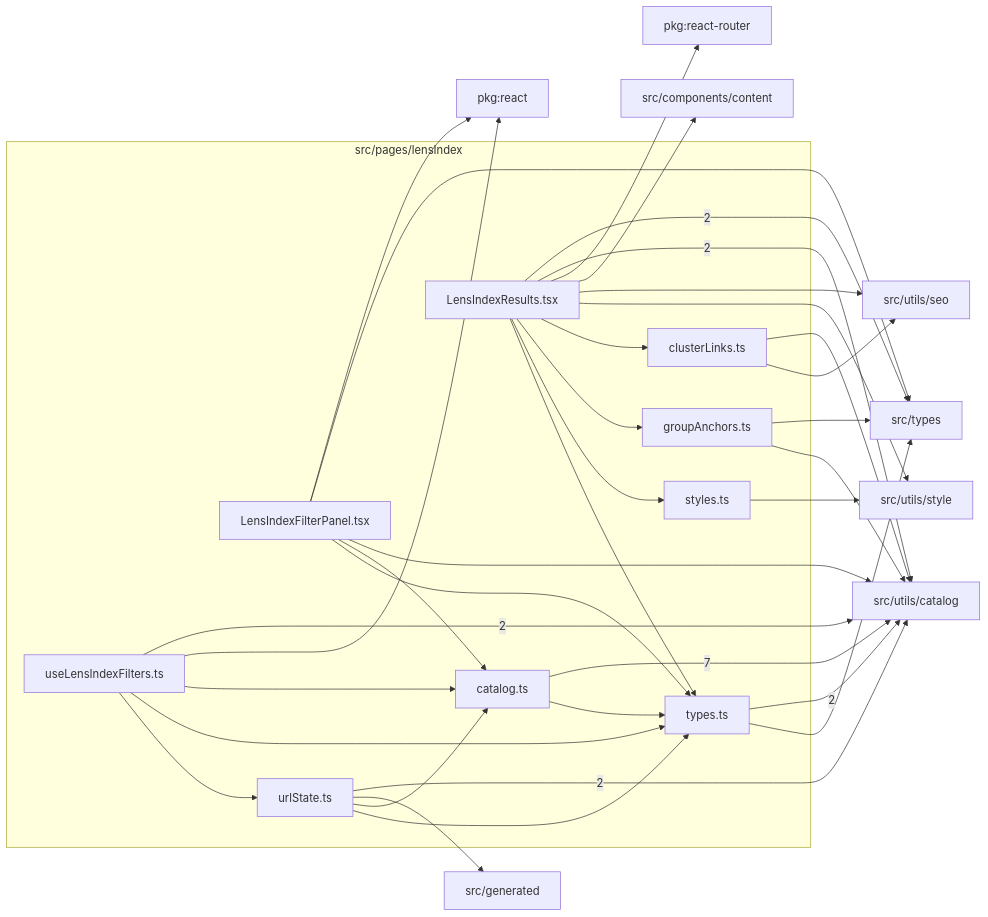
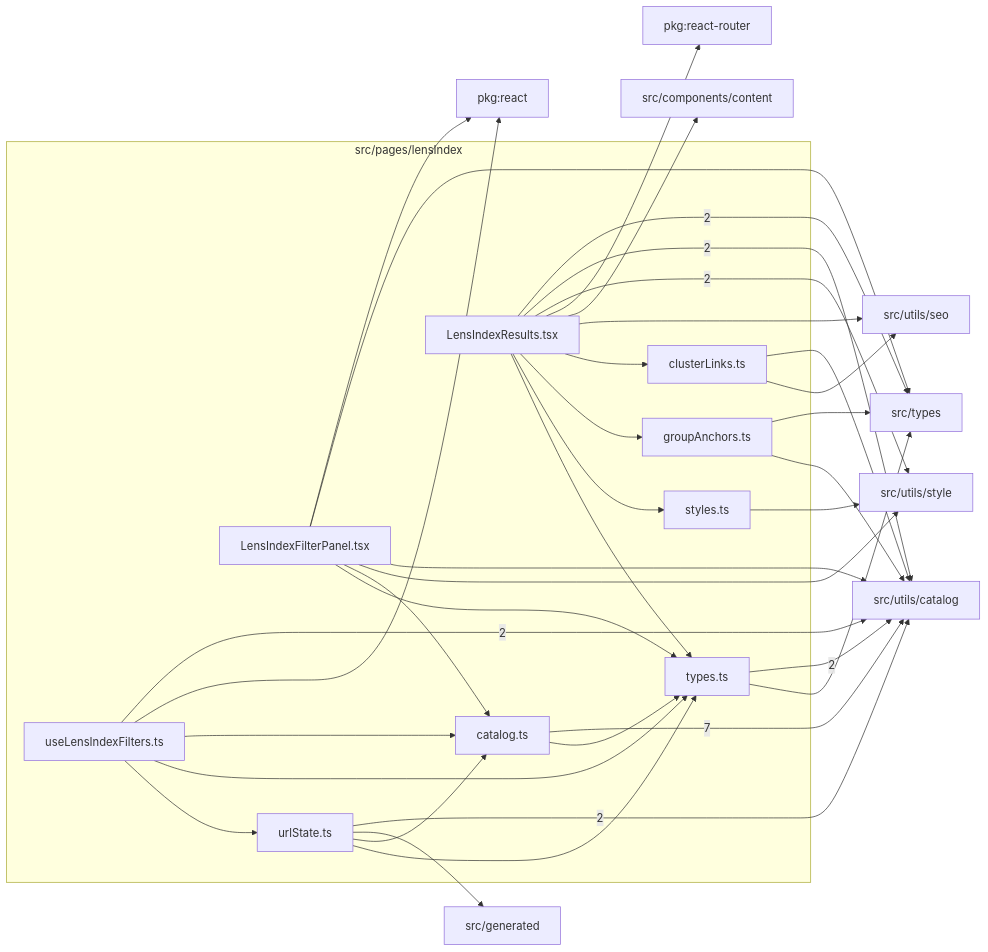
The diagram in src/pages/lensIndex/readme.md (ronbuening/LensVisualizer), drawn with Mermaid before and after one commit. The commit also changed other lines of this file and 9 other files, not shown here.

````diff
--- a/src/pages/lensIndex/readme.md
+++ b/src/pages/lensIndex/readme.md
@@ -9,55 +9,56 @@
 ```mermaid
 flowchart LR
   subgraph n_src_pages_lensIndex["src/pages/lensIndex"]
     n_src_pages_lensIndex_src_pages_lensIndex_catalog_ts["catalog.ts"]
     n_src_pages_lensIndex_src_pages_lensIndex_clusterLinks_ts["clusterLinks.ts"]
     n_src_pages_lensIndex_src_pages_lensIndex_groupAnchors_ts["groupAnchors.ts"]
     n_src_pages_lensIndex_src_pages_lensIndex_LensIndexFilterPanel_tsx["LensIndexFilterPanel.tsx"]
     n_src_pages_lensIndex_src_pages_lensIndex_LensIndexResults_tsx["LensIndexResults.tsx"]
     n_src_pages_lensIndex_src_pages_lensIndex_styles_ts["styles.ts"]
     n_src_pages_lensIndex_src_pages_lensIndex_types_ts["types.ts"]
     n_src_pages_lensIndex_src_pages_lensIndex_urlState_ts["urlState.ts"]
     n_src_pages_lensIndex_src_pages_lensIndex_useLensIndexFilters_ts["useLensIndexFilters.ts"]
   end
   n_external_src_utils_catalog["src/utils/catalog"]
   n_external_src_types["src/types"]
+  n_external_src_utils_style["src/utils/style"]
   n_external_pkg_react["pkg:react"]
   n_external_pkg_react_router["pkg:react-router"]
   n_external_src_components_content["src/components/content"]
   n_external_src_generated["src/generated"]
   n_external_src_utils_seo["src/utils/seo"]
-  n_external_src_utils_style["src/utils/style"]
   n_src_pages_lensIndex_src_pages_lensIndex_catalog_ts --> |7| n_external_src_utils_catalog
   n_src_pages_lensIndex_src_pages_lensIndex_LensIndexResults_tsx --> |2| n_external_src_types
   n_src_pages_lensIndex_src_pages_lensIndex_LensIndexResults_tsx --> |2| n_external_src_utils_catalog
   n_src_pages_lensIndex_src_pages_lensIndex_types_ts --> |2| n_external_src_utils_catalog
   n_src_pages_lensIndex_src_pages_lensIndex_urlState_ts --> |2| n_external_src_utils_catalog
   n_src_pages_lensIndex_src_pages_lensIndex_useLensIndexFilters_ts --> |2| n_external_src_utils_catalog
+  n_src_pages_lensIndex_src_pages_lensIndex_LensIndexResults_tsx --> |2| n_external_src_utils_style
   n_src_pages_lensIndex_src_pages_lensIndex_LensIndexFilterPanel_tsx --> n_external_pkg_react
   n_src_pages_lensIndex_src_pages_lensIndex_useLensIndexFilters_ts --> n_external_pkg_react
   n_src_pages_lensIndex_src_pages_lensIndex_LensIndexResults_tsx --> n_external_pkg_react_router
   n_src_pages_lensIndex_src_pages_lensIndex_LensIndexResults_tsx --> n_external_src_components_content
   n_src_pages_lensIndex_src_pages_lensIndex_urlState_ts --> n_external_src_generated
   n_src_pages_lensIndex_src_pages_lensIndex_groupAnchors_ts --> n_external_src_types
   n_src_pages_lensIndex_src_pages_lensIndex_LensIndexFilterPanel_tsx --> n_external_src_types
   n_src_pages_lensIndex_src_pages_lensIndex_types_ts --> n_external_src_types
   n_src_pages_lensIndex_src_pages_lensIndex_clusterLinks_ts --> n_external_src_utils_catalog
   n_src_pages_lensIndex_src_pages_lensIndex_groupAnchors_ts --> n_external_src_utils_catalog
   n_src_pages_lensIndex_src_pages_lensIndex_LensIndexFilterPanel_tsx --> n_external_src_utils_catalog
   n_src_pages_lensIndex_src_pages_lensIndex_clusterLinks_ts --> n_external_src_utils_seo
   n_src_pages_lensIndex_src_pages_lensIndex_LensIndexResults_tsx --> n_external_src_utils_seo
-  n_src_pages_lensIndex_src_pages_lensIndex_LensIndexResults_tsx --> n_external_src_utils_style
+  n_src_pages_lensIndex_src_pages_lensIndex_LensIndexFilterPanel_tsx --> n_external_src_utils_style
   n_src_pages_lensIndex_src_pages_lensIndex_styles_ts --> n_external_src_utils_style
   n_src_pages_lensIndex_src_pages_lensIndex_LensIndexFilterPanel_tsx --> n_src_pages_lensIndex_src_pages_lensIndex_catalog_ts
   n_src_pages_lensIndex_src_pages_lensIndex_urlState_ts --> n_src_pages_lensIndex_src_pages_lensIndex_catalog_ts
   n_src_pages_lensIndex_src_pages_lensIndex_useLensIndexFilters_ts --> n_src_pages_lensIndex_src_pages_lensIndex_catalog_ts
   n_src_pages_lensIndex_src_pages_lensIndex_LensIndexResults_tsx --> n_src_pages_lensIndex_src_pages_lensIndex_clusterLinks_ts
   n_src_pages_lensIndex_src_pages_lensIndex_LensIndexResults_tsx --> n_src_pages_lensIndex_src_pages_lensIndex_groupAnchors_ts
   n_src_pages_lensIndex_src_pages_lensIndex_LensIndexResults_tsx --> n_src_pages_lensIndex_src_pages_lensIndex_styles_ts
   n_src_pages_lensIndex_src_pages_lensIndex_catalog_ts --> n_src_pages_lensIndex_src_pages_lensIndex_types_ts
   n_src_pages_lensIndex_src_pages_lensIndex_LensIndexFilterPanel_tsx --> n_src_pages_lensIndex_src_pages_lensIndex_types_ts
   n_src_pages_lensIndex_src_pages_lensIndex_LensIndexResults_tsx --> n_src_pages_lensIndex_src_pages_lensIndex_types_ts
   n_src_pages_lensIndex_src_pages_lensIndex_urlState_ts --> n_src_pages_lensIndex_src_pages_lensIndex_types_ts
   n_src_pages_lensIndex_src_pages_lensIndex_useLensIndexFilters_ts --> n_src_pages_lensIndex_src_pages_lensIndex_types_ts
   n_src_pages_lensIndex_src_pages_lensIndex_useLensIndexFilters_ts --> n_src_pages_lensIndex_src_pages_lensIndex_urlState_ts
 ```
````
